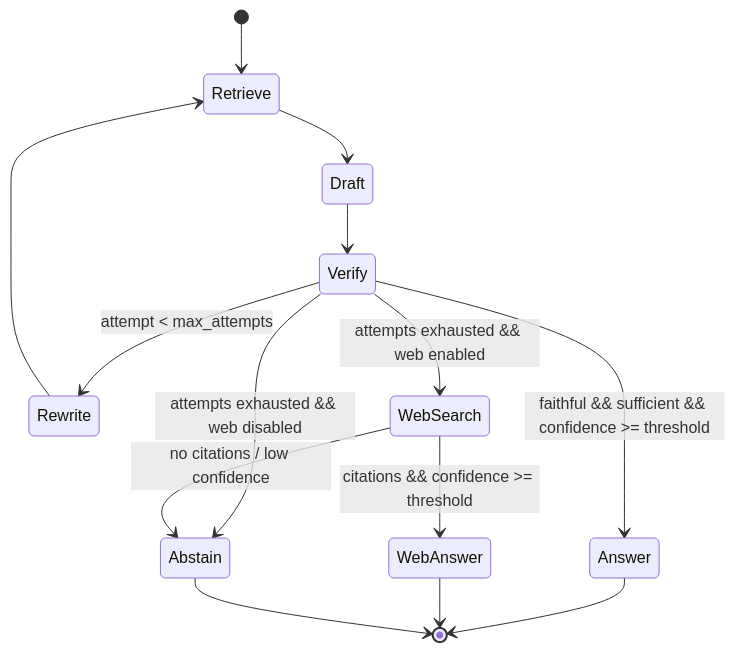
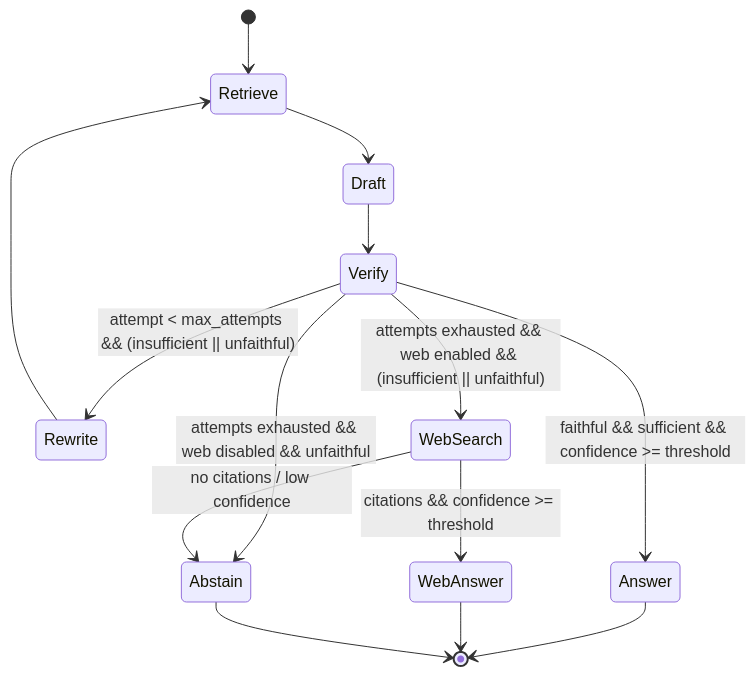
Before and after one commit to samuelbagin1/doc-ai-assistent: the third of 4 diagrams in docs/ARCHITECTURE.md, drawn with Mermaid. The commit also changed other lines of this file and 4 other files, not shown here.

````diff
--- a/docs/ARCHITECTURE.md
+++ b/docs/ARCHITECTURE.md
@@ -110,16 +110,16 @@
 ```mermaid
 stateDiagram-v2
     [*] --> Retrieve
     Retrieve --> Draft
     Draft --> Verify
     Verify --> Answer: faithful && sufficient && confidence >= threshold
-    Verify --> Rewrite: attempt < max_attempts
+    Verify --> Rewrite: attempt < max_attempts && (insufficient || unfaithful)
     Rewrite --> Retrieve
-    Verify --> WebSearch: attempts exhausted && web enabled
-    Verify --> Abstain: attempts exhausted && web disabled
+    Verify --> WebSearch: attempts exhausted && web enabled && (insufficient || unfaithful)
+    Verify --> Abstain: attempts exhausted && web disabled && unfaithful
     WebSearch --> WebAnswer: citations && confidence >= threshold
     WebSearch --> Abstain: no citations / low confidence
     Answer --> [*]
     WebAnswer --> [*]
     Abstain --> [*]
 ```
````
